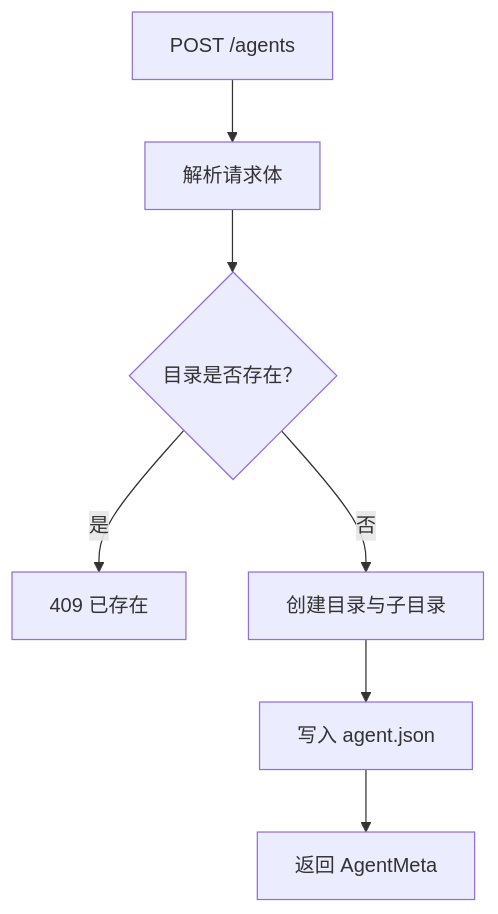
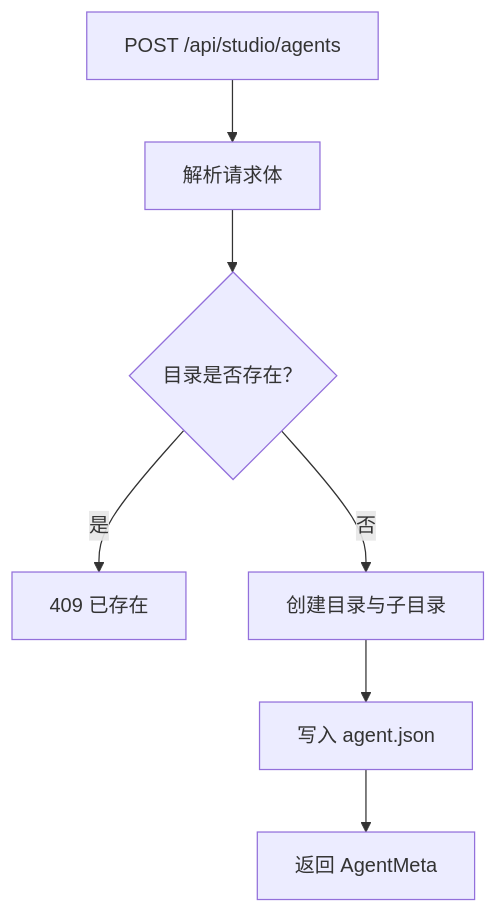
Before and after one commit to YU-JI-KUI/ark-agentic: the fourth of 15 diagrams in repowiki/zh/content/API 接口文档/API 接口文档.md, drawn with Mermaid. The commit also changed other lines of this file and 116 other files, not shown here.

````diff
--- a/repowiki/zh/content/API 接口文档/API 接口文档.md
+++ b/repowiki/zh/content/API 接口文档/API 接口文档.md
@@ -243,9 +257,9 @@
 ```mermaid
 flowchart TD
-A["POST /agents"] --> B["解析请求体"]
+A["POST /api/studio/agents"] --> B["解析请求体"]
 B --> C{"目录是否存在？"}
 C --> |是| D["409 已存在"]
 C --> |否| E["创建目录与子目录"]
 E --> F["写入 agent.json"]
 F --> G["返回 AgentMeta"]
 ```
````
